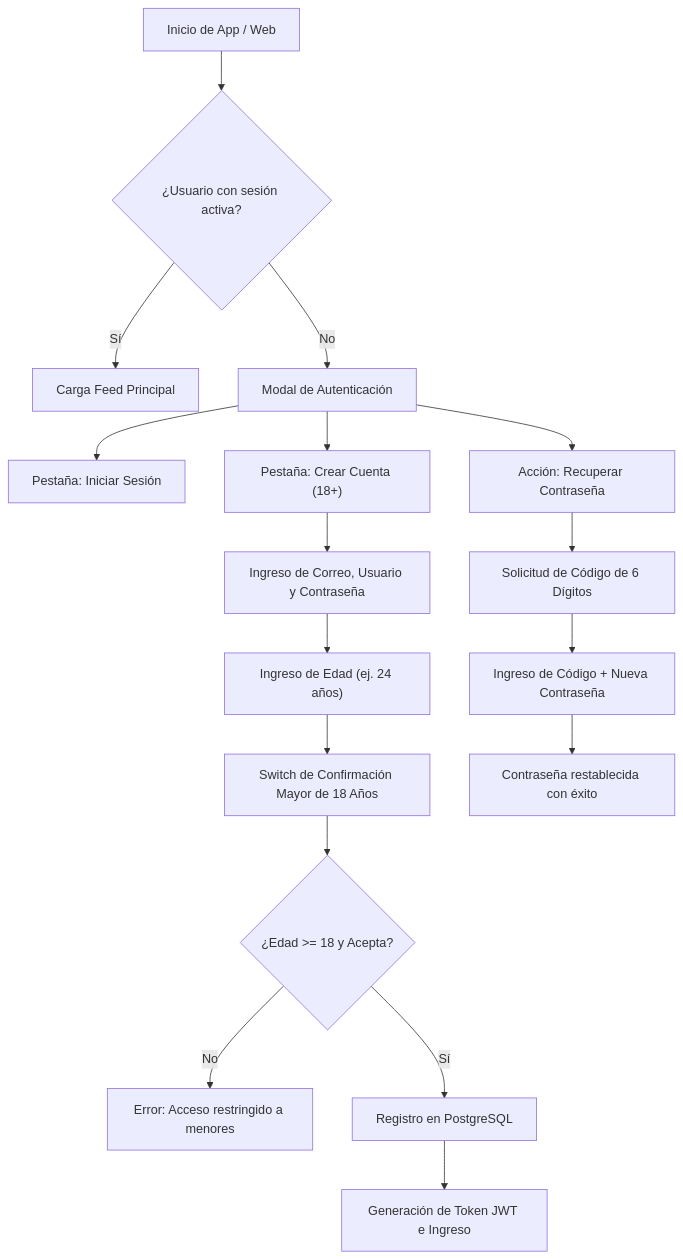
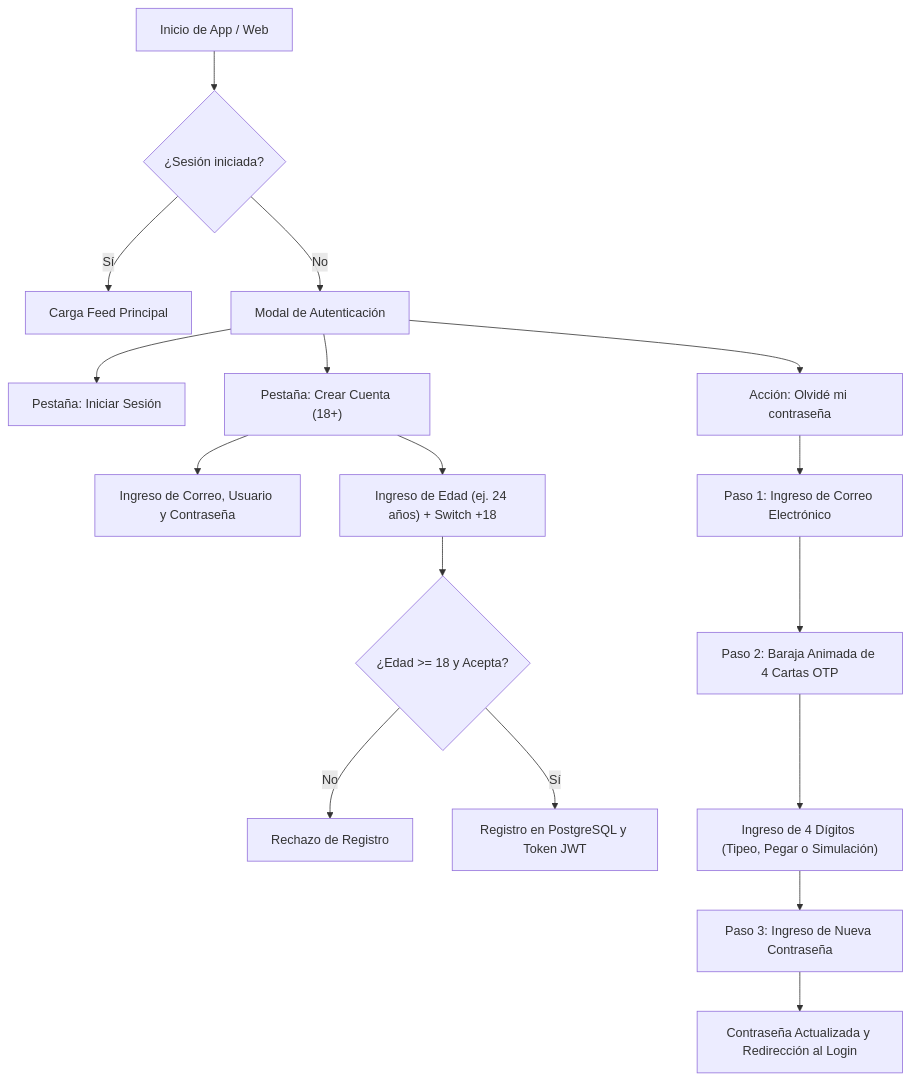
Before and after one commit to edimartinezpos2-beep/TexxxNopor: the diagram in docs/02_MANUAL_FUNCIONAL_Y_USUARIO.md, drawn with Mermaid. The commit also changed other lines of this file and 35 other files, not shown here.

````diff
--- a/docs/02_MANUAL_FUNCIONAL_Y_USUARIO.md
+++ b/docs/02_MANUAL_FUNCIONAL_Y_USUARIO.md
@@ -33,22 +37,22 @@
 ```mermaid
 graph TD
-    A["Inicio de App / Web"] --> B{"¿Usuario con sesión activa?"}
+    A["Inicio de App / Web"] --> B{"¿Sesión iniciada?"}
     B -->|Sí| C["Carga Feed Principal"]
     B -->|No| D["Modal de Autenticación"]
     
     D --> E["Pestaña: Iniciar Sesión"]
     D --> F["Pestaña: Crear Cuenta (18+)"]
-    D --> G["Acción: Recuperar Contraseña"]
+    D --> G["Acción: Olvidé mi contraseña"]
     
     F --> H["Ingreso de Correo, Usuario y Contraseña"]
-    H --> I["Ingreso de Edad (ej. 24 años)"]
-    I --> J["Switch de Confirmación Mayor de 18 Años"]
-    J --> K{"¿Edad >= 18 y Acepta?"}
-    K -->|No| L["Error: Acceso restringido a menores"]
-    K -->|Sí| M["Registro en PostgreSQL"]
-    M --> N["Generación de Token JWT e Ingreso"]
+    F --> I["Ingreso de Edad (ej. 24 años) + Switch +18"]
+    I --> J{"¿Edad >= 18 y Acepta?"}
+    J -->|No| K["Rechazo de Registro"]
+    J -->|Sí| L["Registro en PostgreSQL y Token JWT"]
     
-    G --> O["Solicitud de Código de 6 Dígitos"]
-    O --> P["Ingreso de Código + Nueva Contraseña"]
-    P --> Q["Contraseña restablecida con éxito"]
+    G --> M["Paso 1: Ingreso de Correo Electrónico"]
+    M --> N["Paso 2: Baraja Animada de 4 Cartas OTP"]
+    N --> O["Ingreso de 4 Dígitos (Tipeo, Pegar o Simulación)"]
+    O --> P["Paso 3: Ingreso de Nueva Contraseña"]
+    P --> Q["Contraseña Actualizada y Redirección al Login"]
 ```
````
